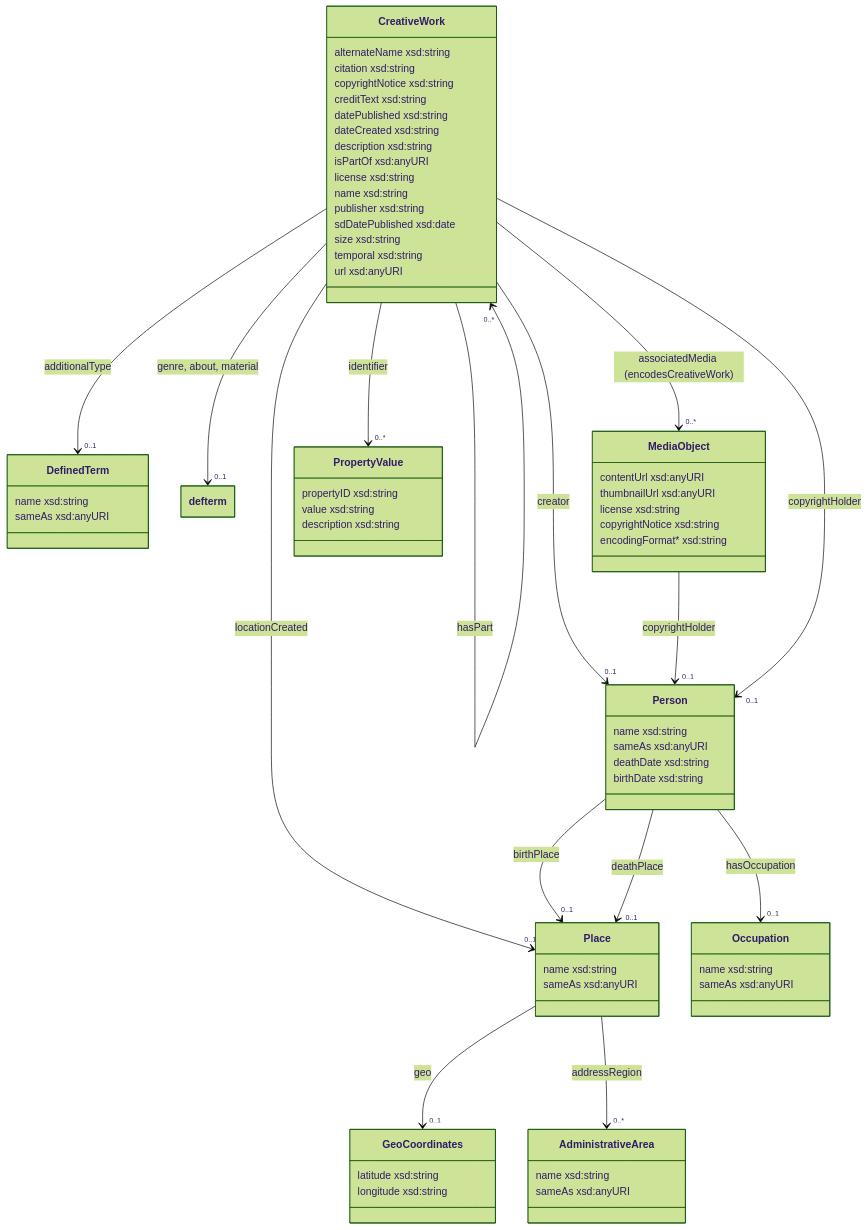
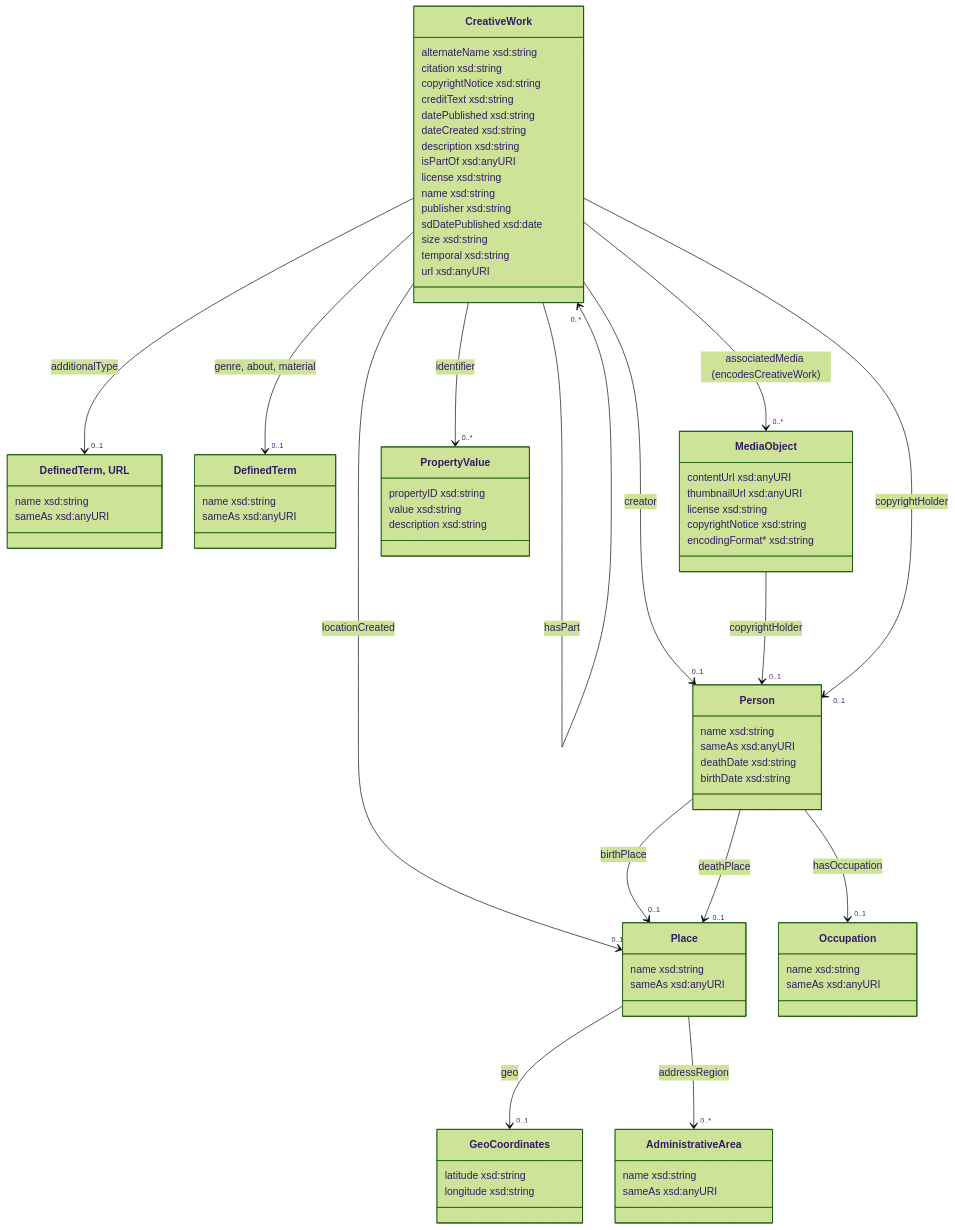
The diagram in docs/datamodel.md (collectienederland/applicatieprofiel), drawn with Mermaid before and after one commit. The commit also changed other lines of this file, not shown here.

```diff
--- a/docs/datamodel.md
+++ b/docs/datamodel.md
@@ -333,12 +333,16 @@
 
 creativework --> "0..*" creativework: hasPart
 
-class additional["DefinedTerm"] {
+class additional["DefinedTerm, URL"] {
   name xsd:string
   sameAs xsd:anyURI
 }
 creativework --> "0..1" additional: additionalType
 
+class defterm["DefinedTerm"] {
+  name xsd:string
+  sameAs xsd:anyURI
+}
 creativework --> "0..1" defterm: genre, about, material
 class place["Place"] {
   name xsd:string
```
